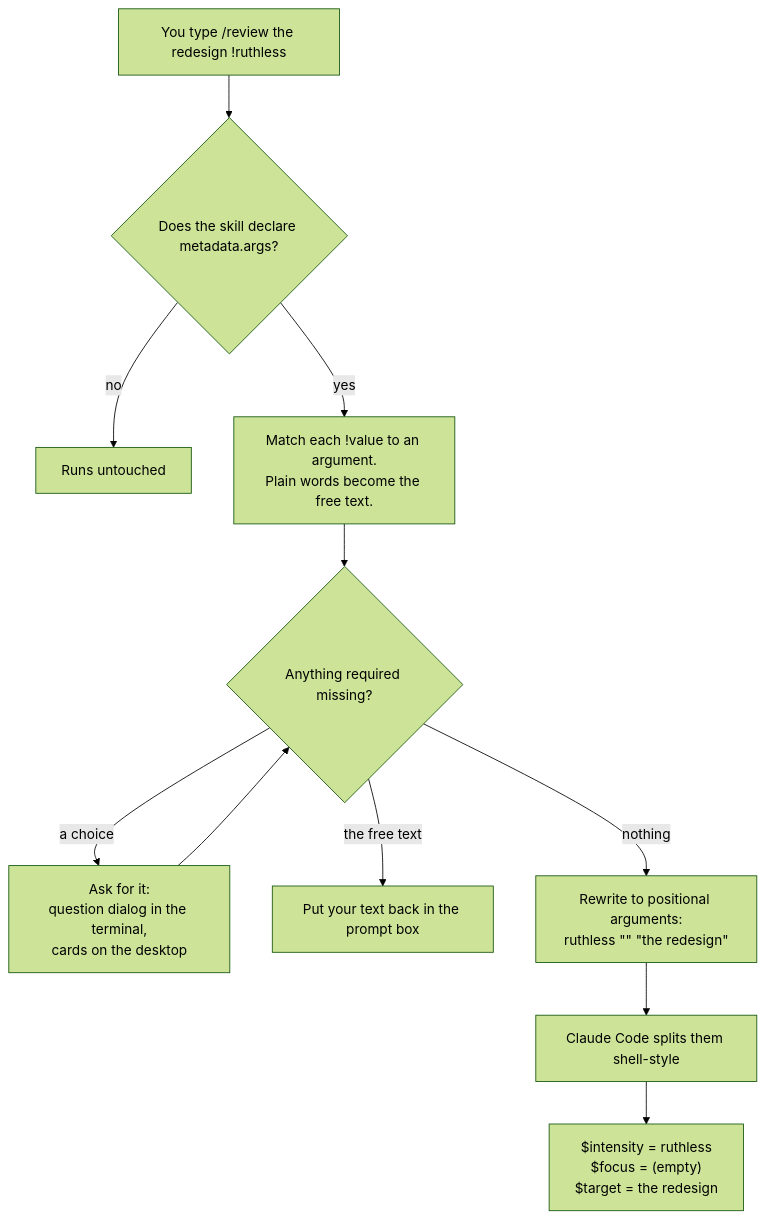
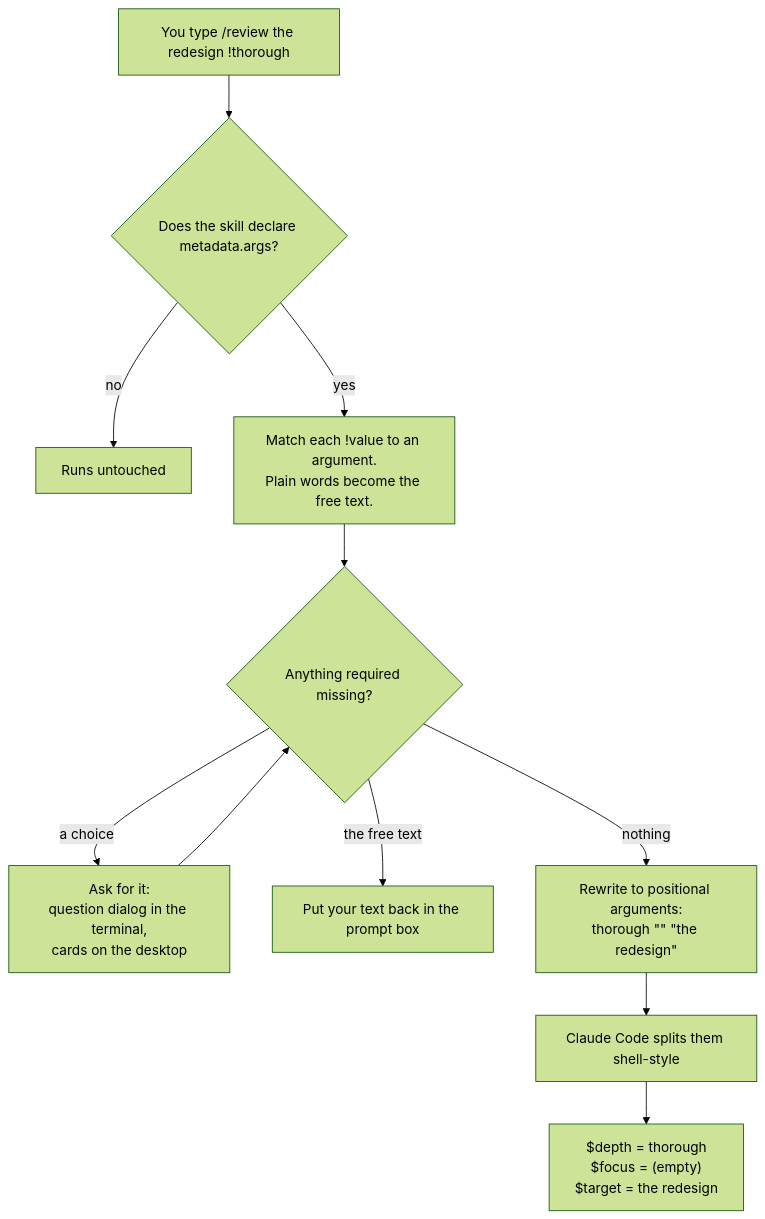
The diagram in README.md (lfb0801/claude-skill-args), drawn with Mermaid (forest theme) before and after one commit. The commit also changed other lines of this file, not shown here.

Commit message:
docs: use neutral review examples in README

````diff
--- a/README.md
+++ b/README.md
@@ -126,13 +126,13 @@
 ```mermaid
 flowchart TD
-    A["You type /review the redesign !ruthless"] --> B{"Does the skill declare metadata.args?"}
+    A["You type /review the redesign !thorough"] --> B{"Does the skill declare metadata.args?"}
     B -- no --> Z["Runs untouched"]
     B -- yes --> C["Match each !value to an argument.<br/>Plain words become the free text."]
     C --> D{"Anything required missing?"}
     D -- "a choice" --> E["Ask for it:<br/>question dialog in the terminal,<br/>cards on the desktop"]
     E --> D
     D -- "the free text" --> F["Put your text back in the prompt box"]
-    D -- "nothing" --> G["Rewrite to positional arguments:<br/>ruthless #quot;#quot; #quot;the redesign#quot;"]
+    D -- "nothing" --> G["Rewrite to positional arguments:<br/>thorough #quot;#quot; #quot;the redesign#quot;"]
     G --> H["Claude Code splits them shell-style"]
-    H --> I["$intensity = ruthless<br/>$focus = (empty)<br/>$target = the redesign"]
+    H --> I["$depth = thorough<br/>$focus = (empty)<br/>$target = the redesign"]
 ```
````
